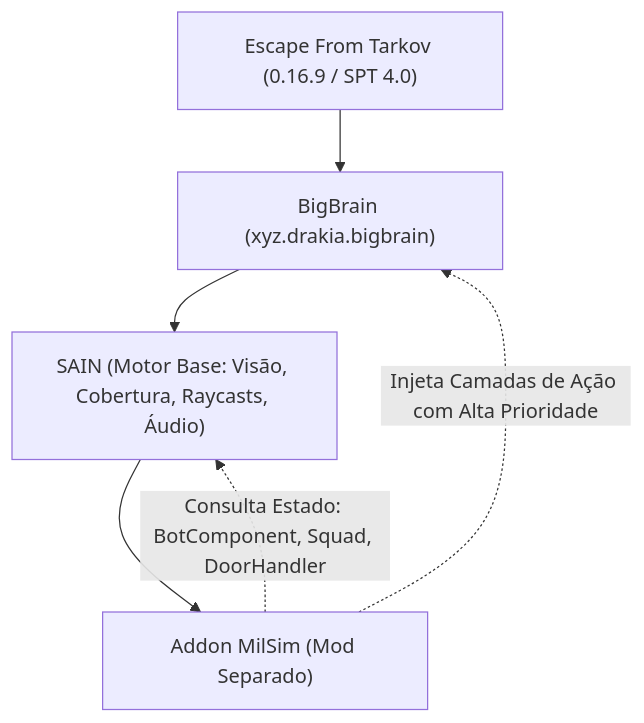
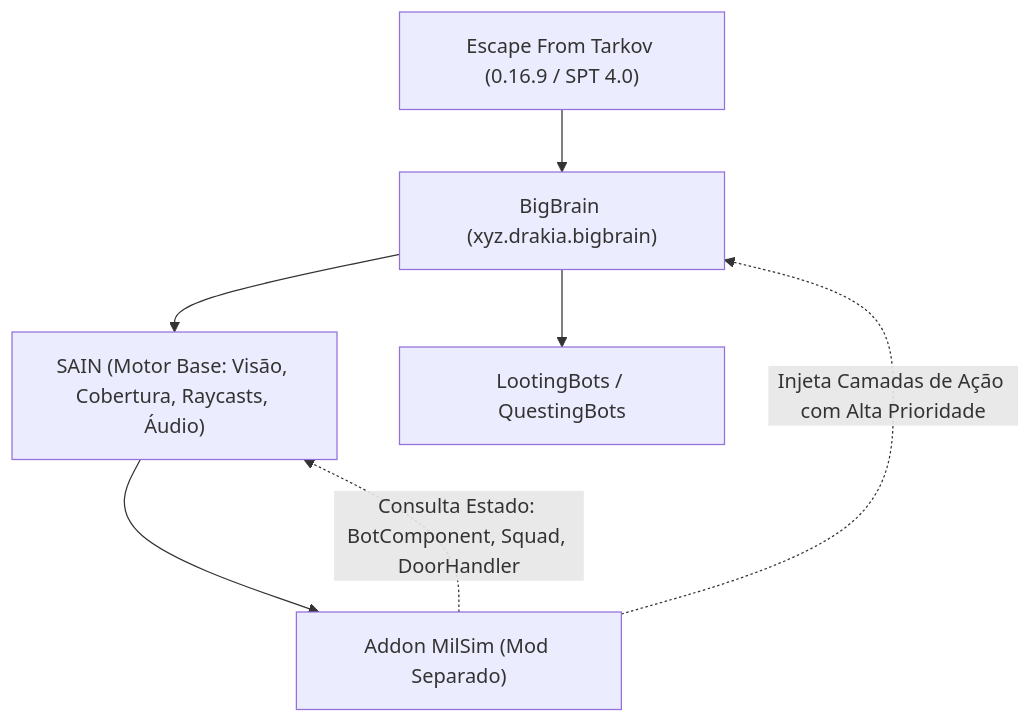
The diagram in mods/SAIN/docs/ROADMAP.md (guilhermebvdm/tarkov-spt-4.0), drawn with Mermaid before and after one commit. The commit also changed other lines of this file and 1 other file, not shown here.

Commit message:
docs(SAIN): add airdrop contested zone and looting to milsim roadmap

````diff
--- a/mods/SAIN/docs/ROADMAP.md
+++ b/mods/SAIN/docs/ROADMAP.md
@@ -16,9 +16,10 @@
 ```mermaid
 graph TD
     A["Escape From Tarkov (0.16.9 / SPT 4.0)"] --> B["BigBrain (xyz.drakia.bigbrain)"]
     B --> C["SAIN (Motor Base: Visão, Cobertura, Raycasts, Áudio)"]
-    C --> D["Addon MilSim (Mod Separado)"]
+    B --> D["LootingBots / QuestingBots"]
+    C --> E["Addon MilSim (Mod Separado)"]
     
-    D -.->|Injeta Camadas de Ação com Alta Prioridade| B
-    D -.->|Consulta Estado: BotComponent, Squad, DoorHandler| C
+    E -.->|Injeta Camadas de Ação com Alta Prioridade| B
+    E -.->|Consulta Estado: BotComponent, Squad, DoorHandler| C
 ```
````
